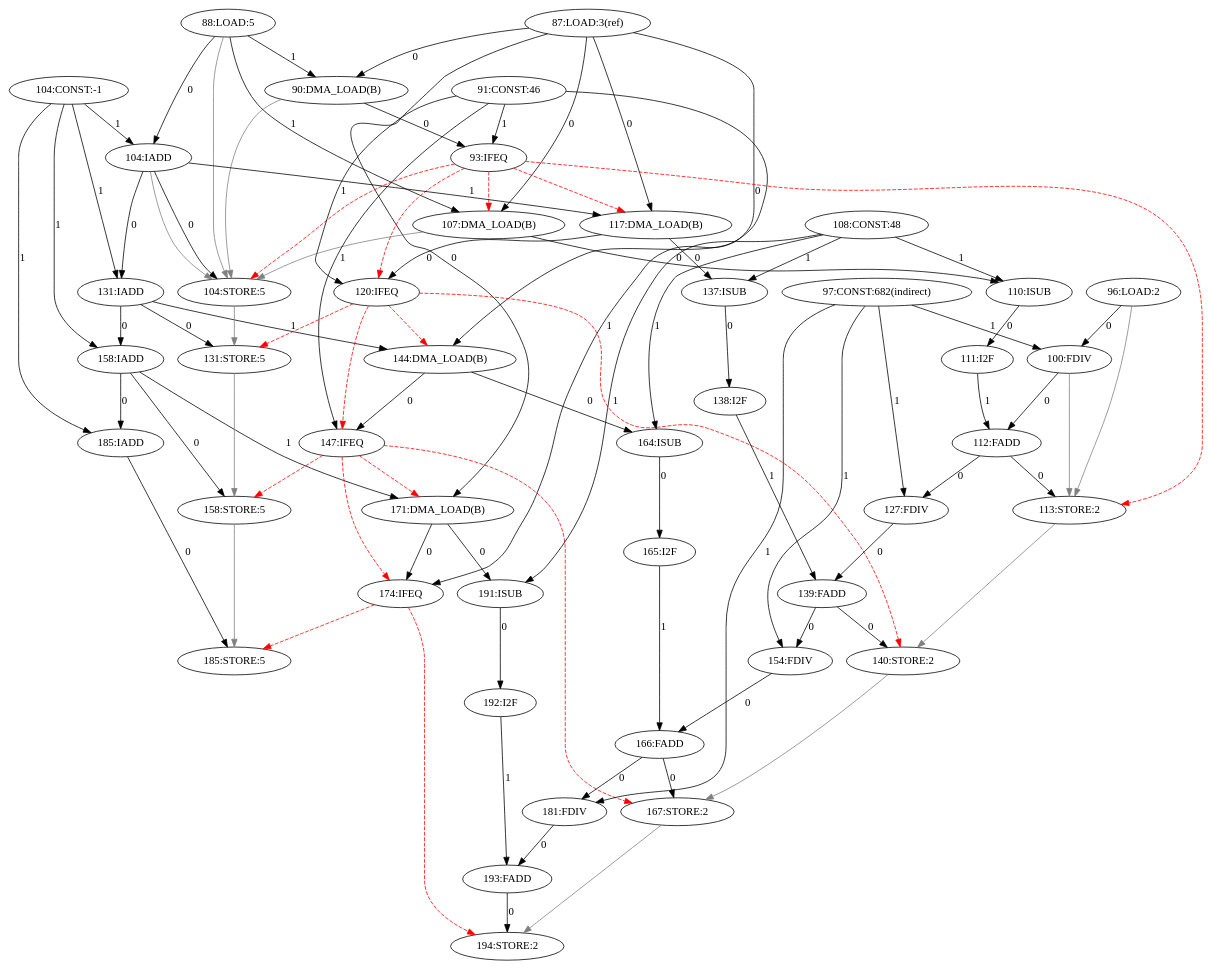
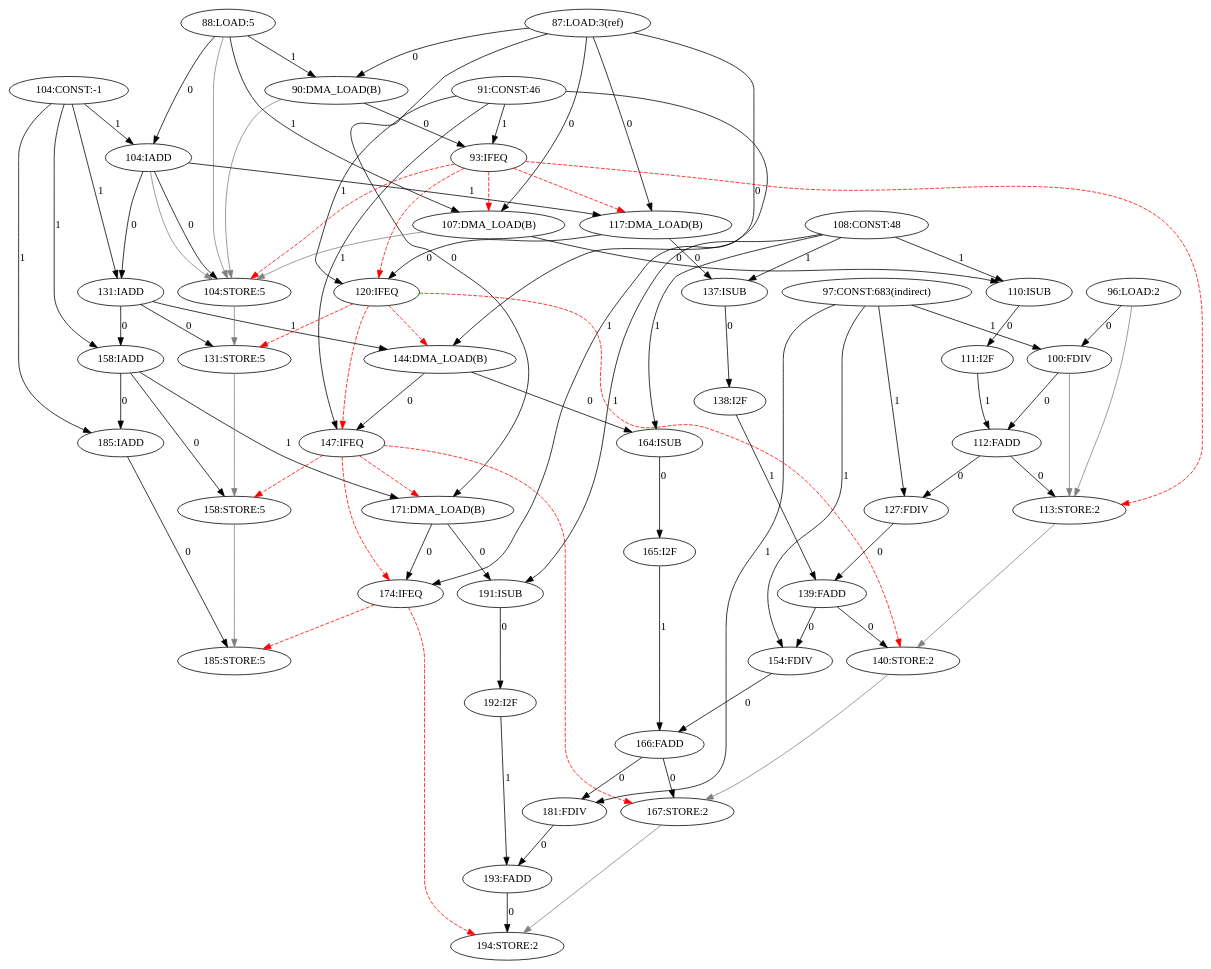
The diagram in amidar-sim2/Amidar/log/java.lang.Float.parseFloat(Ljava.lang.String;)F-87-198-CDFG.dot (Ana-Borg/CGRA-Versuch), drawn with Graphviz before and after one commit. The commit also changed 90 other files, not shown here.

```diff
--- a/amidar-sim2/Amidar/log/java.lang.Float.parseFloat(Ljava.lang.String;)F-87-198-CDFG.dot
+++ b/amidar-sim2/Amidar/log/java.lang.Float.parseFloat(Ljava.lang.String;)F-87-198-CDFG.dot
@@ -1,91 +1,91 @@
 digraph depgraph {
 "87:LOAD:3(ref)" -> "90:DMA_LOAD(B)"[label=0];
 "88:LOAD:5" -> "90:DMA_LOAD(B)"[label=1];
 "87:LOAD:3(ref)" -> "107:DMA_LOAD(B)"[label=0];
 "88:LOAD:5" -> "107:DMA_LOAD(B)"[label=1];
 "93:IFEQ" -> "107:DMA_LOAD(B)"[color=red,style=dashed];
 "87:LOAD:3(ref)" -> "117:DMA_LOAD(B)"[label=0];
 "104:IADD" -> "117:DMA_LOAD(B)"[label=1];
 "93:IFEQ" -> "117:DMA_LOAD(B)"[color=red,style=dashed];
 "87:LOAD:3(ref)" -> "144:DMA_LOAD(B)"[label=0];
 "131:IADD" -> "144:DMA_LOAD(B)"[label=1];
 "120:IFEQ" -> "144:DMA_LOAD(B)"[color=red,style=dashed];
 "87:LOAD:3(ref)" -> "171:DMA_LOAD(B)"[label=0];
 "158:IADD" -> "171:DMA_LOAD(B)"[label=1];
 "147:IFEQ" -> "171:DMA_LOAD(B)"[color=red,style=dashed];
 "104:IADD" -> "104:STORE:5"[label=0];
 "88:LOAD:5" -> "104:STORE:5"[color=gray];
 "90:DMA_LOAD(B)" -> "104:STORE:5"[color=gray];
 "93:IFEQ" -> "104:STORE:5"[color=red,style=dashed];
 "104:IADD" -> "104:STORE:5"[color=gray];
 "107:DMA_LOAD(B)" -> "104:STORE:5"[color=gray];
 "88:LOAD:5" -> "104:IADD"[label=0];
 "104:CONST:-1" -> "104:IADD"[label=1];
 "90:DMA_LOAD(B)" -> "93:IFEQ"[label=0];
 "91:CONST:46" -> "93:IFEQ"[label=1];
 "117:DMA_LOAD(B)" -> "120:IFEQ"[label=0];
 "91:CONST:46" -> "120:IFEQ"[label=1];
 "93:IFEQ" -> "120:IFEQ"[color=red,style=dashed];
 "144:DMA_LOAD(B)" -> "147:IFEQ"[label=0];
 "91:CONST:46" -> "147:IFEQ"[label=1];
 "120:IFEQ" -> "147:IFEQ"[color=red,style=dashed];
 "171:DMA_LOAD(B)" -> "174:IFEQ"[label=0];
 "91:CONST:46" -> "174:IFEQ"[label=1];
 "147:IFEQ" -> "174:IFEQ"[color=red,style=dashed];
 "112:FADD" -> "113:STORE:2"[label=0];
 "93:IFEQ" -> "113:STORE:2"[color=red,style=dashed];
 "96:LOAD:2" -> "113:STORE:2"[color=gray];
 "100:FDIV" -> "113:STORE:2"[color=gray];
 "96:LOAD:2" -> "100:FDIV"[label=0];
-"97:CONST:682(indirect)" -> "100:FDIV"[label=1];
+"97:CONST:683(indirect)" -> "100:FDIV"[label=1];
 "112:FADD" -> "127:FDIV"[label=0];
-"97:CONST:682(indirect)" -> "127:FDIV"[label=1];
+"97:CONST:683(indirect)" -> "127:FDIV"[label=1];
 "139:FADD" -> "154:FDIV"[label=0];
-"97:CONST:682(indirect)" -> "154:FDIV"[label=1];
+"97:CONST:683(indirect)" -> "154:FDIV"[label=1];
 "166:FADD" -> "181:FDIV"[label=0];
-"97:CONST:682(indirect)" -> "181:FDIV"[label=1];
+"97:CONST:683(indirect)" -> "181:FDIV"[label=1];
 "100:FDIV" -> "112:FADD"[label=0];
 "111:I2F" -> "112:FADD"[label=1];
 "104:IADD" -> "131:IADD"[label=0];
 "104:CONST:-1" -> "131:IADD"[label=1];
 "131:IADD" -> "158:IADD"[label=0];
 "104:CONST:-1" -> "158:IADD"[label=1];
 "158:IADD" -> "185:IADD"[label=0];
 "104:CONST:-1" -> "185:IADD"[label=1];
 "131:IADD" -> "131:STORE:5"[label=0];
 "104:STORE:5" -> "131:STORE:5"[color=gray];
 "120:IFEQ" -> "131:STORE:5"[color=red,style=dashed];
 "107:DMA_LOAD(B)" -> "110:ISUB"[label=0];
 "108:CONST:48" -> "110:ISUB"[label=1];
 "117:DMA_LOAD(B)" -> "137:ISUB"[label=0];
 "108:CONST:48" -> "137:ISUB"[label=1];
 "144:DMA_LOAD(B)" -> "164:ISUB"[label=0];
 "108:CONST:48" -> "164:ISUB"[label=1];
 "171:DMA_LOAD(B)" -> "191:ISUB"[label=0];
 "108:CONST:48" -> "191:ISUB"[label=1];
 "110:ISUB" -> "111:I2F"[label=0];
 "139:FADD" -> "140:STORE:2"[label=0];
 "113:STORE:2" -> "140:STORE:2"[color=gray];
 "120:IFEQ" -> "140:STORE:2"[color=red,style=dashed];
 "127:FDIV" -> "139:FADD"[label=0];
 "138:I2F" -> "139:FADD"[label=1];
 "158:IADD" -> "158:STORE:5"[label=0];
 "131:STORE:5" -> "158:STORE:5"[color=gray];
 "147:IFEQ" -> "158:STORE:5"[color=red,style=dashed];
 "137:ISUB" -> "138:I2F"[label=0];
 "166:FADD" -> "167:STORE:2"[label=0];
 "140:STORE:2" -> "167:STORE:2"[color=gray];
 "147:IFEQ" -> "167:STORE:2"[color=red,style=dashed];
 "154:FDIV" -> "166:FADD"[label=0];
 "165:I2F" -> "166:FADD"[label=1];
 "185:IADD" -> "185:STORE:5"[label=0];
 "158:STORE:5" -> "185:STORE:5"[color=gray];
 "174:IFEQ" -> "185:STORE:5"[color=red,style=dashed];
 "164:ISUB" -> "165:I2F"[label=0];
 "193:FADD" -> "194:STORE:2"[label=0];
 "167:STORE:2" -> "194:STORE:2"[color=gray];
 "174:IFEQ" -> "194:STORE:2"[color=red,style=dashed];
 "181:FDIV" -> "193:FADD"[label=0];
 "192:I2F" -> "193:FADD"[label=1];
 "191:ISUB" -> "192:I2F"[label=0];
 }
```
